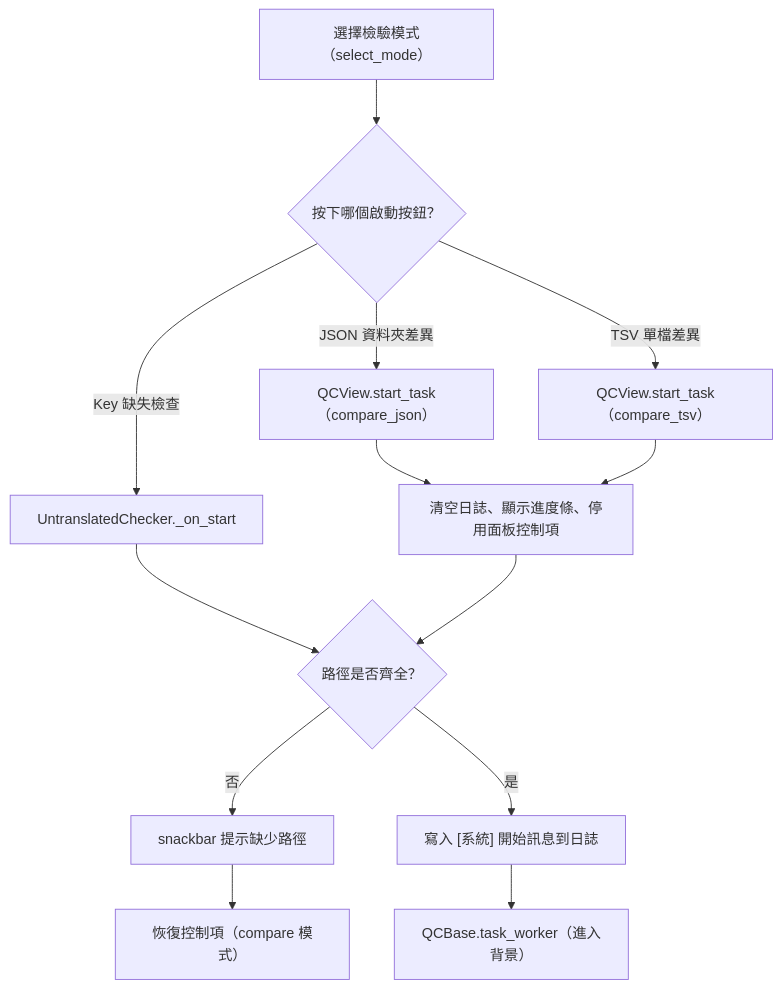
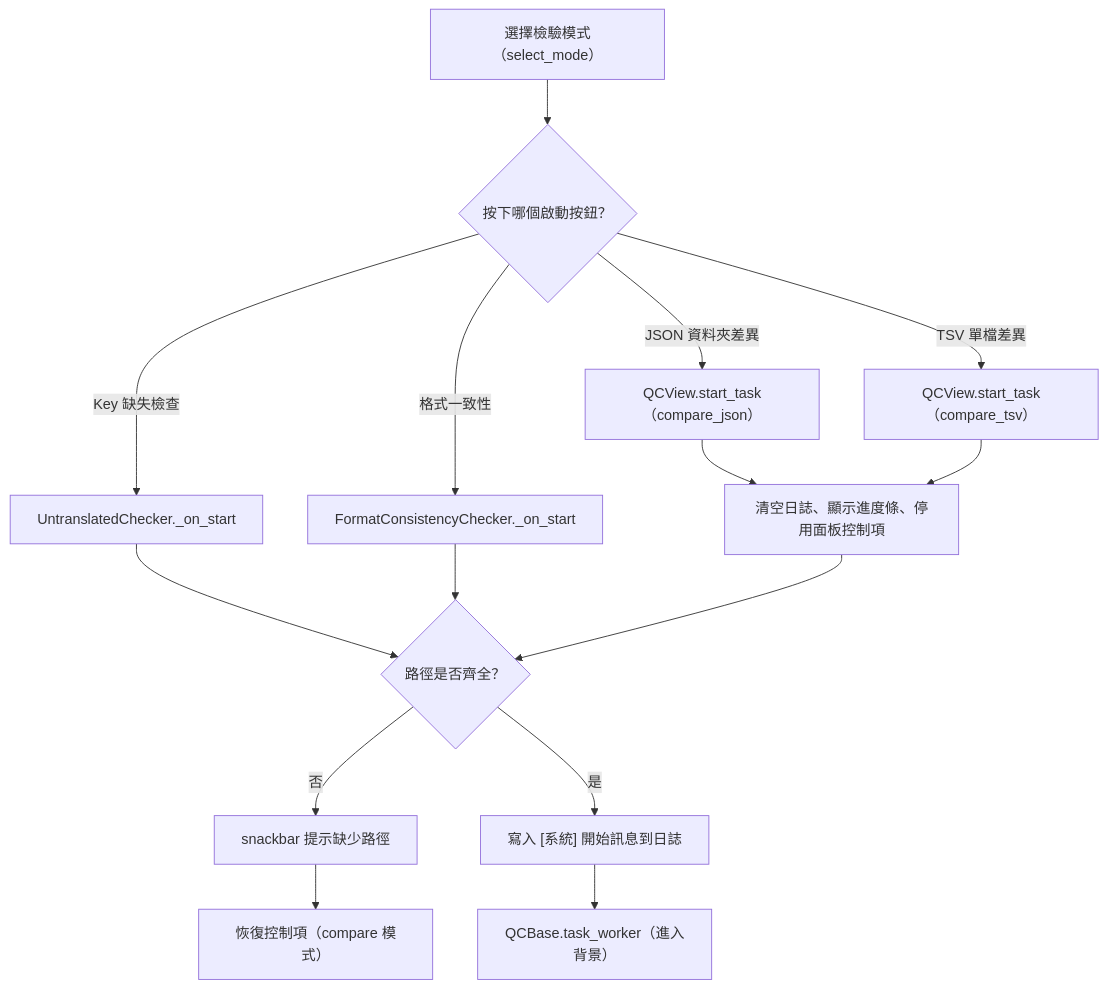
Before and after one commit to jlin53882/Minecraft-translate: the first of 2 diagrams in docs/page_flows/qc.md, drawn with Mermaid. The commit also changed other lines of this file and 185 other files, not shown here.

````diff
--- a/docs/page_flows/qc.md
+++ b/docs/page_flows/qc.md
@@ -22,15 +24,17 @@
 ```mermaid
 flowchart TD
   A["選擇檢驗模式（select_mode）"] --> B{"按下哪個啟動按鈕？"}
   B -- "Key 缺失檢查" --> C["UntranslatedChecker._on_start"]
+  B -- "格式一致性" --> C2["FormatConsistencyChecker._on_start"]
   B -- "JSON 資料夾差異" --> D["QCView.start_task（compare_json）"]
   B -- "TSV 單檔差異" --> E["QCView.start_task（compare_tsv）"]
   C --> F{"路徑是否齊全？"}
+  C2 --> F
   D --> G["清空日誌、顯示進度條、停用面板控制項"]
   E --> G
   G --> F
   F -- 否 --> H["snackbar 提示缺少路徑"]
   H --> H1["恢復控制項（compare 模式）"]
   F -- 是 --> I["寫入 [系統] 開始訊息到日誌"]
   I --> J["QCBase.task_worker（進入背景）"]
 ```
````
